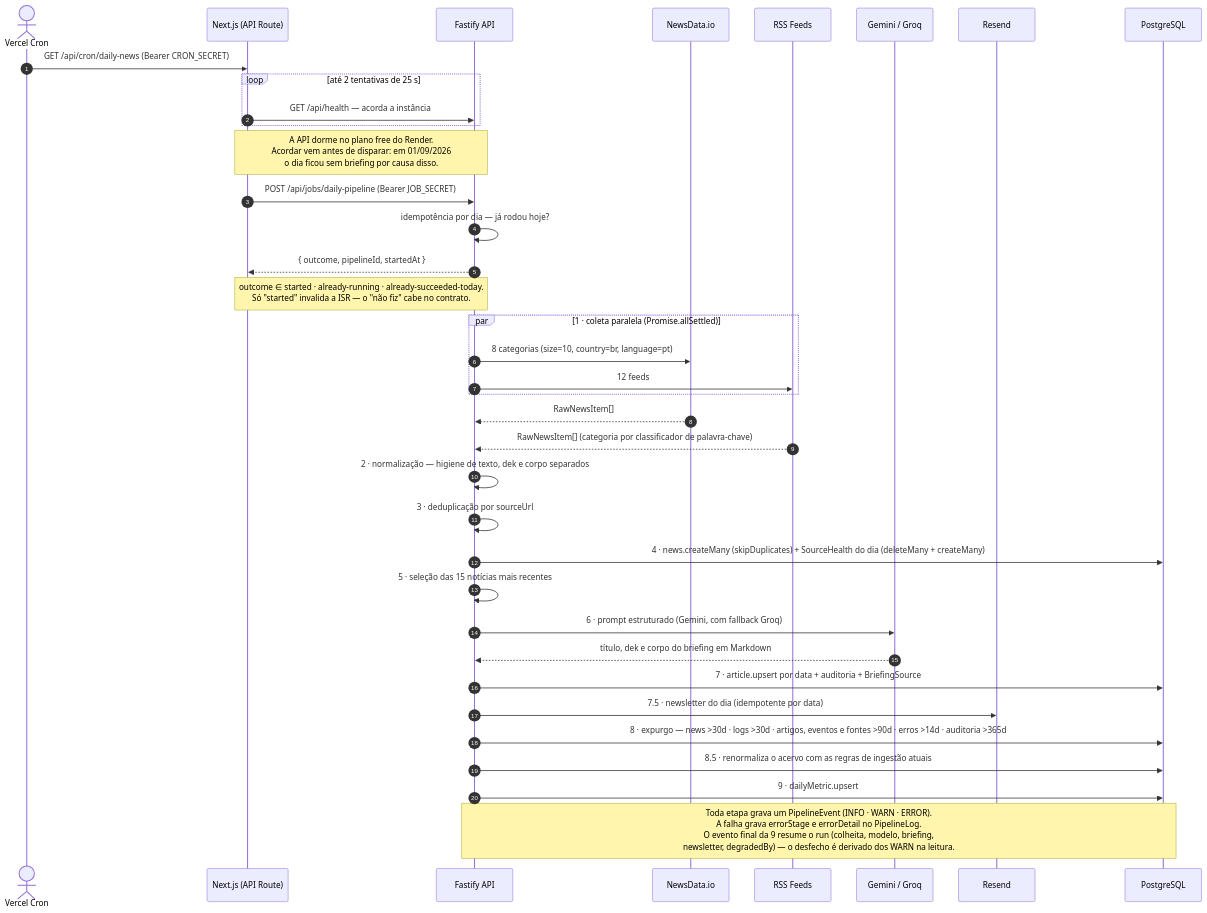
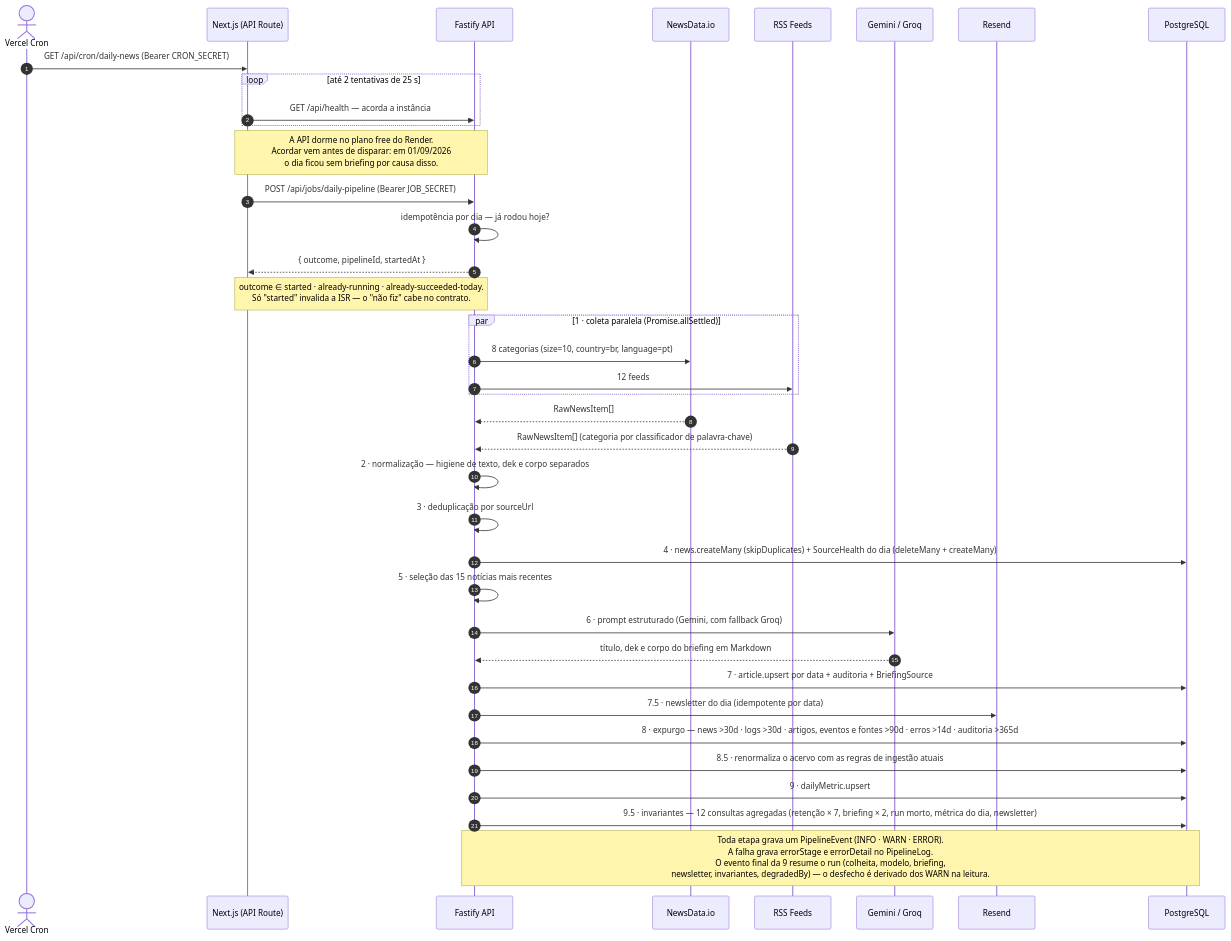
The diagram in docs/diagrams/pipeline-sequence.mermaid (tavinholoco/newra-news), drawn with Mermaid before and after one commit. The commit also changed 41 other files, not shown here.

```diff
--- a/docs/diagrams/pipeline-sequence.mermaid
+++ b/docs/diagrams/pipeline-sequence.mermaid
@@ -1,49 +1,52 @@
 %% Diagrama de Sequência do Pipeline Diário — Newra News
 %% ---
-%% Atualizado em 15/09/2026. São **11 etapas**: 1–7, 7.5 (newsletter), 8, 8.5
-%% (renormalização) e 9. As três não críticas — 7.5, 8 e 8.5 — falham sem
-%% abortar o pipeline; desde a Fase 11 do plano de observabilidade a escrita
-%% da SourceHealth, no fim da 4, também não aborta (WARN da etapa 4).
+%% Atualizado em 16/09/2026. São **12 etapas**: 1–7, 7.5 (newsletter), 8, 8.5
+%% (renormalização), 9 e 9.5 (invariantes). As cinco não críticas — 7.5, 8,
+%% 8.5, 9 e 9.5 — falham sem abortar o pipeline; desde a Fase 11 do plano de
+%% observabilidade a escrita da SourceHealth, no fim da 4, também não aborta
+%% (WARN da etapa 4). A 9.5 (Fase 6) confere o que as anteriores deveriam ter
+%% deixado: violação vira ErrorEvent por invariante, não WARN do run.
 sequenceDiagram
     autonumber
     actor VC as Vercel Cron
     participant NX as Next.js (API Route)
     participant API as Fastify API
     participant ND as NewsData.io
     participant RSS as RSS Feeds
     participant IA as Gemini / Groq
     participant RES as Resend
     participant DB as PostgreSQL
 
     VC->>NX: GET /api/cron/daily-news (Bearer CRON_SECRET)
 
     loop até 2 tentativas de 25 s
         NX->>API: GET /api/health — acorda a instância
     end
     Note over NX,API: A API dorme no plano free do Render.<br/>Acordar vem antes de disparar: em 01/09/2026<br/>o dia ficou sem briefing por causa disso.
 
     NX->>API: POST /api/jobs/daily-pipeline (Bearer JOB_SECRET)
     API->>API: idempotência por dia — já rodou hoje?
     API-->>NX: { outcome, pipelineId, startedAt }
     Note over NX,API: outcome ∈ started · already-running · already-succeeded-today.<br/>Só "started" invalida a ISR — o "não fiz" cabe no contrato.
 
     par 1 · coleta paralela (Promise.allSettled)
         API->>ND: 8 categorias (size=10, country=br, language=pt)
         API->>RSS: 12 feeds
     end
     ND-->>API: RawNewsItem[]
     RSS-->>API: RawNewsItem[] (categoria por classificador de palavra-chave)
 
     API->>API: 2 · normalização — higiene de texto, dek e corpo separados
     API->>API: 3 · deduplicação por sourceUrl
     API->>DB: 4 · news.createMany (skipDuplicates) + SourceHealth do dia (deleteMany + createMany)
     API->>API: 5 · seleção das 15 notícias mais recentes
     API->>IA: 6 · prompt estruturado (Gemini, com fallback Groq)
     IA-->>API: título, dek e corpo do briefing em Markdown
     API->>DB: 7 · article.upsert por data + auditoria + BriefingSource
     API->>RES: 7.5 · newsletter do dia (idempotente por data)
     API->>DB: 8 · expurgo — news >30d · logs >30d · artigos, eventos e fontes >90d · erros >14d · auditoria >365d
     API->>DB: 8.5 · renormaliza o acervo com as regras de ingestão atuais
     API->>DB: 9 · dailyMetric.upsert
+    API->>DB: 9.5 · invariantes — 12 consultas agregadas (retenção × 7, briefing × 2, run morto, métrica do dia, newsletter)
 
-    Note over API,DB: Toda etapa grava um PipelineEvent (INFO · WARN · ERROR).<br/>A falha grava errorStage e errorDetail no PipelineLog.<br/>O evento final da 9 resume o run (colheita, modelo, briefing,<br/>newsletter, degradedBy) — o desfecho é derivado dos WARN na leitura.
+    Note over API,DB: Toda etapa grava um PipelineEvent (INFO · WARN · ERROR).<br/>A falha grava errorStage e errorDetail no PipelineLog.<br/>O evento final da 9 resume o run (colheita, modelo, briefing,<br/>newsletter, invariantes, degradedBy) — o desfecho é derivado dos WARN na leitura.
```
